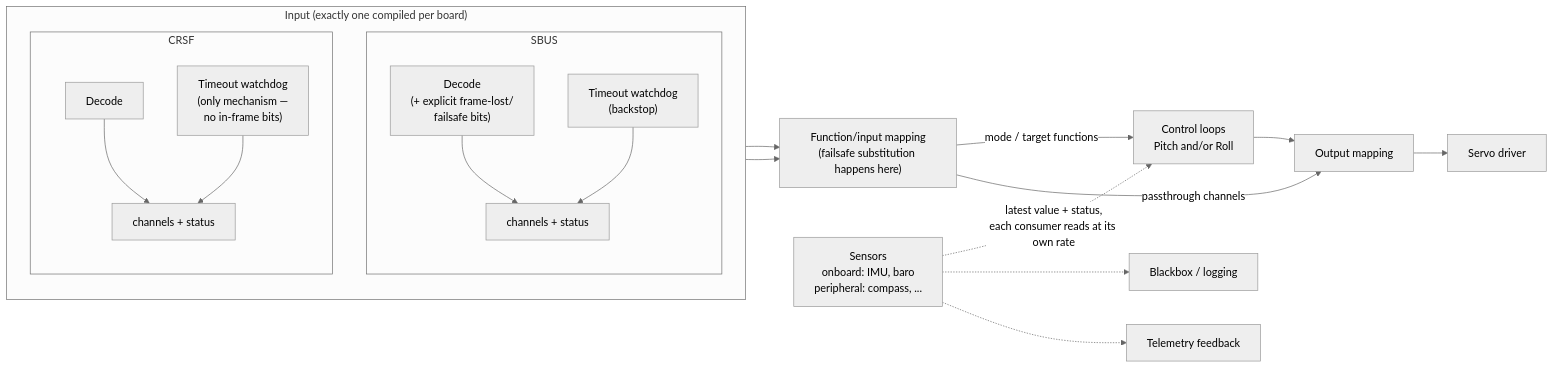
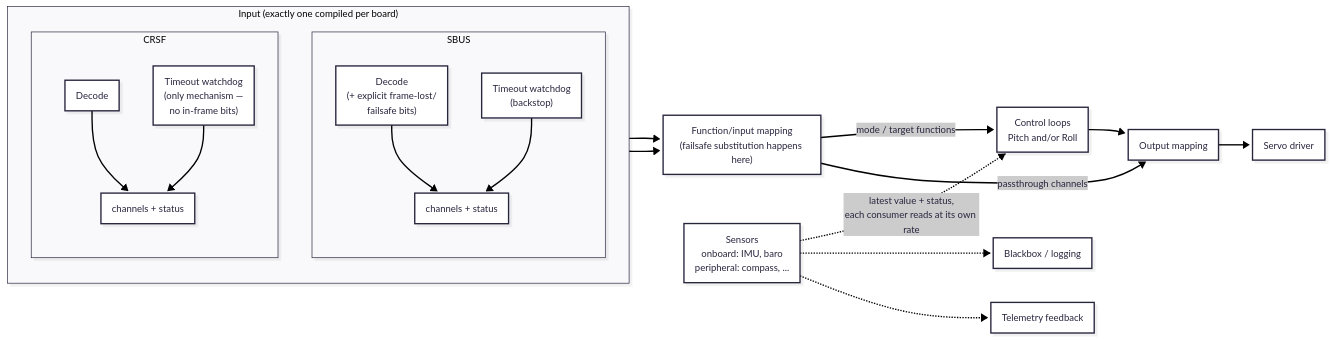
Before and after one commit to heimdall-suite/heimdall-helm: the diagram in .docs/architecture.md, drawn with Mermaid.

Commit message:
Switch architecture diagram to Mermaid's redux theme + neo look
neutral was static and a bit flat. redux/neo (Mermaid's new default as of
v12.0.0 -- flatter, rounded, subtle shadows) is adaptive to light/dark
viewing contexts, which is a better fit than a fixed theme given the
earlier concern about GitHub's light/dark toggle. GitHub's bundled Mermaid
version isn't published, so rendering isn't guaranteed there yet, but an
unrecognized theme name falls back quietly rather than breaking.

````diff
--- a/.docs/architecture.md
+++ b/.docs/architecture.md
@@ -8,40 +8,40 @@
 ```mermaid
-%%{init: {'theme': 'neutral'}}%%
+%%{init: {'theme': 'redux', 'look': 'neo'}}%%
 flowchart LR
     subgraph Input["Input (exactly one compiled per board)"]
         direction TB
         subgraph SBUS
             direction TB
             DSBUS["Decode<br/>(+ explicit frame-lost/<br/>failsafe bits)"]
             TOSBUS["Timeout watchdog<br/>(backstop)"]
             DSBUS --> OUTSBUS["channels + status"]
             TOSBUS --> OUTSBUS
         end
         subgraph CRSF
             direction TB
             DCRSF["Decode"]
             TOCRSF["Timeout watchdog<br/>(only mechanism —<br/>no in-frame bits)"]
             DCRSF --> OUTCRSF["channels + status"]
             TOCRSF --> OUTCRSF
         end
     end
 
     MAP["Function/input mapping<br/>(failsafe substitution happens here)"]
     CTRL["Control loops<br/>Pitch and/or Roll"]
     OUT["Output mapping"]
     SERVO["Servo driver"]
     SENS["Sensors<br/>onboard: IMU, baro<br/>peripheral: compass, ..."]
     LOG["Blackbox / logging"]
     TEL["Telemetry feedback"]
 
     OUTSBUS --> MAP
     OUTCRSF --> MAP
     MAP -->|"mode / target functions"| CTRL
     MAP -->|"passthrough channels"| OUT
     CTRL --> OUT
     OUT --> SERVO
 
     SENS -.->|"latest value + status,<br/>each consumer reads at its own rate"| CTRL
     SENS -.-> LOG
     SENS -.-> TEL
 ```
````
